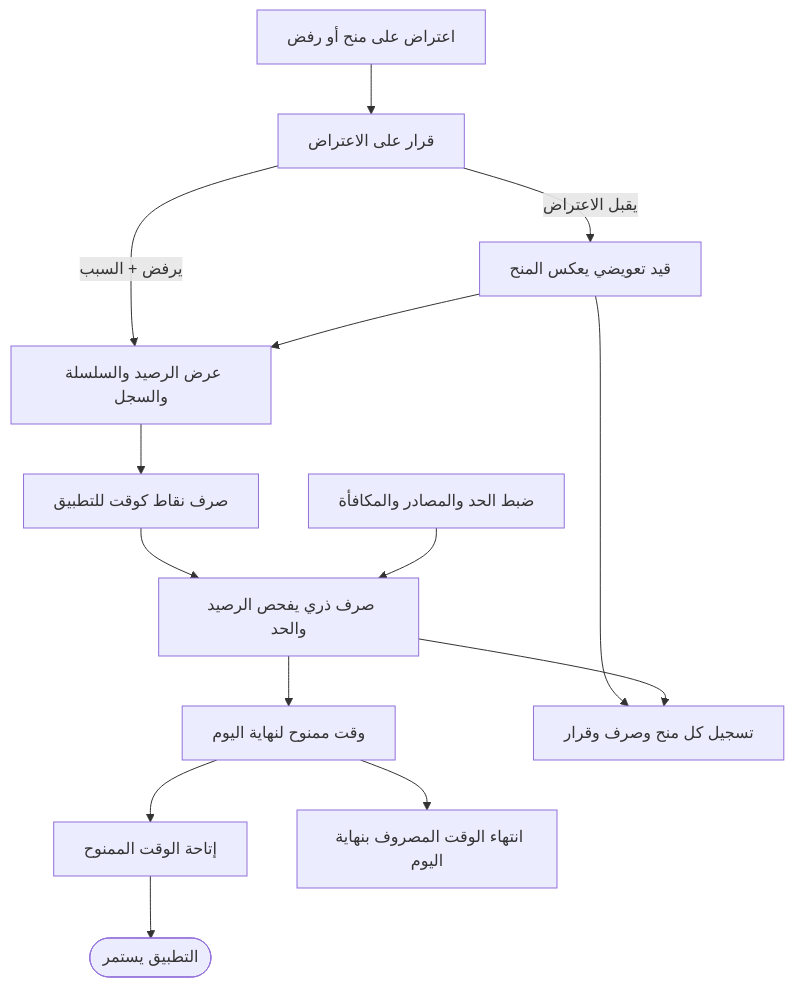
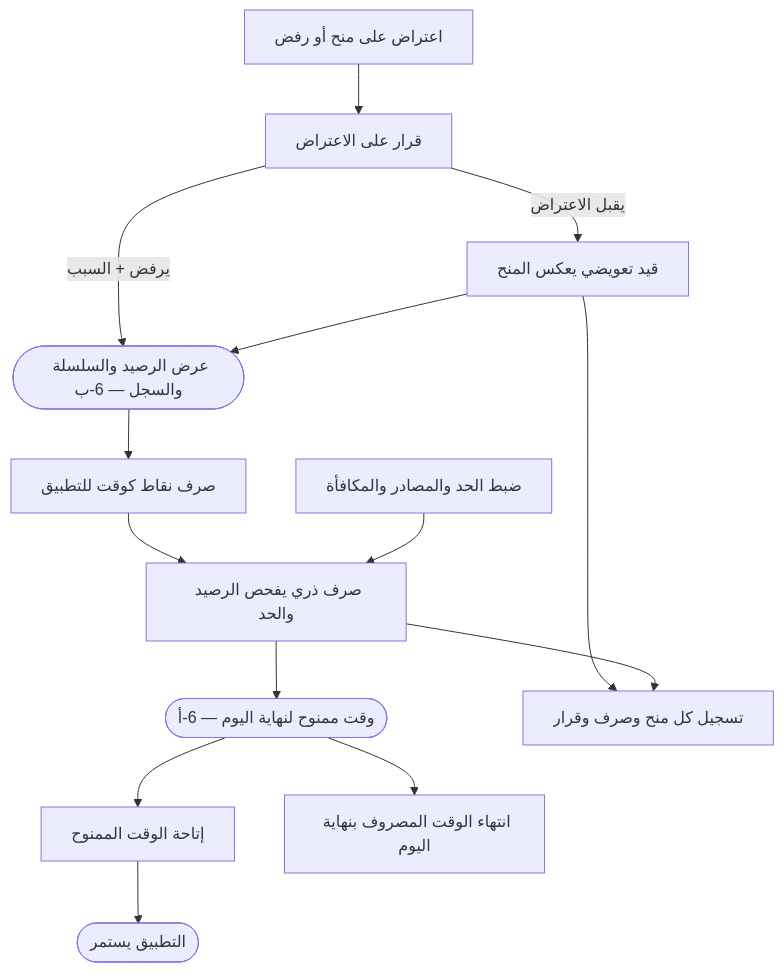
One commit to Bassam-mohammed-alqaeadi/family-os-v2 changed diagram 26 of 26 in docs/family-os/governance/phases/phase-1/S1-05-rewards-children/DIAGRAMS.md. Above: the diagram before and after it, drawn with Mermaid. The commit also changed other lines of this file, not shown here.

Commit message:
دفعة الشكل 2 — S1-05: التفاف التسلسلات + تقصير الرسائل + تقسيم حالات الاستخدام وDFD والنشاط (مخالفات 100 ← 0، فوق الحد 12 ← 0)

````diff
--- a/docs/family-os/governance/phases/phase-1/S1-05-rewards-children/DIAGRAMS.md
+++ b/docs/family-os/governance/phases/phase-1/S1-05-rewards-children/DIAGRAMS.md
@@ -740,16 +907,29 @@
 ```mermaid
 flowchart TD
-    C4[عرض الرصيد والسلسلة والسجل] --> C5[صرف نقاط كوقت للتطبيق]
-    C5 --> V4[صرف ذري يفحص الرصيد والحد]
-    V4 --> V5[وقت ممنوح لنهاية اليوم]
-    V5 --> E2[إتاحة الوقت الممنوح]
-    E2 --> C6([التطبيق يستمر])
-    V5 --> E3[انتهاء الوقت المصروف بنهاية اليوم]
-    C8[اعتراض على منح أو رفض] --> F7[قرار على الاعتراض]
-    F7 -->|يقبل الاعتراض| V7[قيد تعويضي يعكس المنح]
-    F7 -->|يرفض + السبب| C4
-    V7 --> C4
-    V7 --> V6[تسجيل كل منح وصرف وقرار]
+    C4x(["عرض الرصيد والسلسلة والسجل — 6-ب"])
+    C5[صرف نقاط كوقت للتطبيق]
+    V4[صرف ذري يفحص الرصيد والحد]
+    V5x(["وقت ممنوح لنهاية اليوم — 6-أ"])
+    E2[إتاحة الوقت الممنوح]
+    C6([التطبيق يستمر])
+    E3[انتهاء الوقت المصروف بنهاية اليوم]
+    C8[اعتراض على منح أو رفض]
+    F7[قرار على الاعتراض]
+    V7[قيد تعويضي يعكس المنح]
+    V6[تسجيل كل منح وصرف وقرار]
+    F5[ضبط الحد والمصادر والمكافأة]
+
+    C4x --> C5
+    C5 --> V4
+    V4 --> V5x
+    V5x --> E2
+    E2 --> C6
+    V5x --> E3
+    C8 --> F7
+    F7 -->|يقبل الاعتراض| V7
+    F7 -->|يرفض + السبب| C4x
+    V7 --> C4x
+    V7 --> V6
     V4 --> V6
-    F5[ضبط الحد والمصادر والمكافأة] --> V4
+    F5 --> V4
 ```
````
